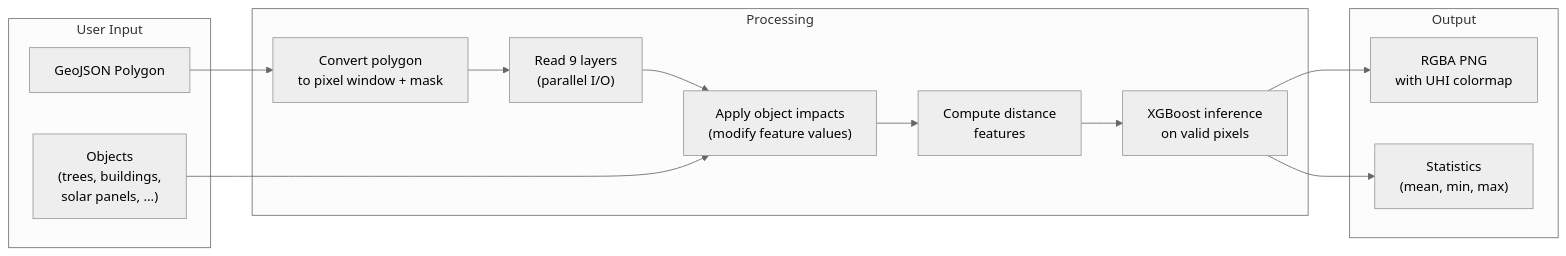
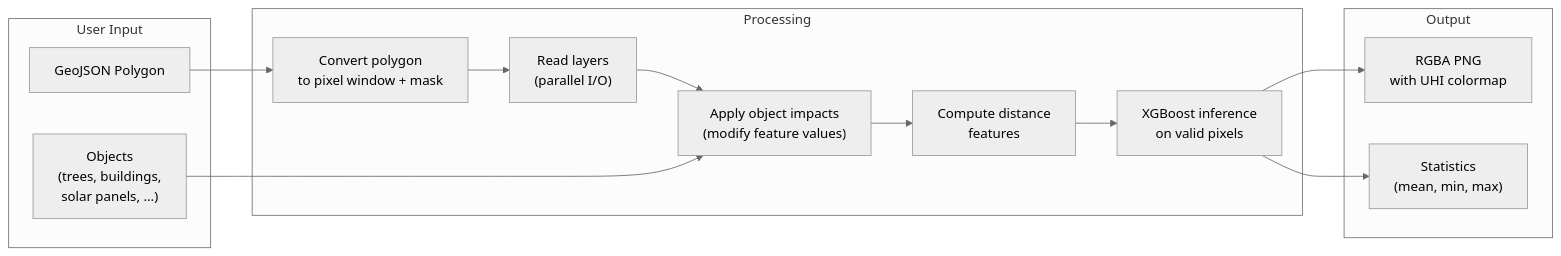
The second of 2 diagrams in services/prediction/README.md (TsukaOne/uhi-fiware-poc), drawn with Mermaid (neutral theme) before and after one commit. The commit also changed other lines of this file and 6 other files, not shown here.

````diff
--- a/services/prediction/README.md
+++ b/services/prediction/README.md
@@ -151,24 +145,24 @@
 ```mermaid
 flowchart LR
     subgraph "User Input"
         POLY["GeoJSON Polygon"]
         OBJ["Objects<br/>(trees, buildings,<br/>solar panels, ...)"]
     end
 
     subgraph "Processing"
         WIN["Convert polygon<br/>to pixel window + mask"]
-        READ["Read 9 layers<br/>(parallel I/O)"]
+        READ["Read layers<br/>(parallel I/O)"]
         IMPACT["Apply object impacts<br/>(modify feature values)"]
         DIST2["Compute distance<br/>features"]
         INF["XGBoost inference<br/>on valid pixels"]
     end
 
     subgraph "Output"
         RGBA["RGBA PNG<br/>with UHI colormap"]
         STATS["Statistics<br/>(mean, min, max)"]
     end
 
     POLY --> WIN --> READ --> IMPACT
     OBJ --> IMPACT
     IMPACT --> DIST2 --> INF --> RGBA & STATS
 ```
````
